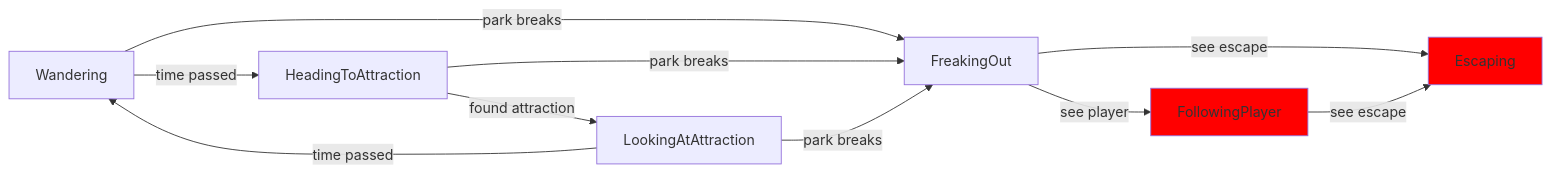
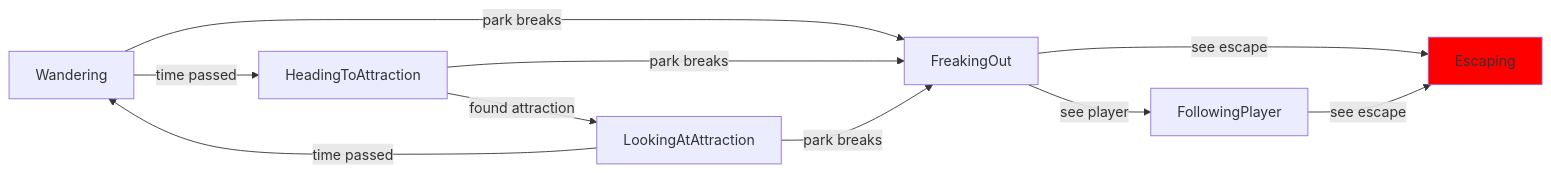
The diagram in Assets/Visitors/visitorBehaviour.md (alexfiftysix/ThorassicPark), drawn with Mermaid before and after one commit. The commit also changed 15 other files, not shown here.

Commit message:
Add following player behaviour

````diff
--- a/Assets/Visitors/visitorBehaviour.md
+++ b/Assets/Visitors/visitorBehaviour.md
@@ -1,18 +1,17 @@
 ```mermaid
 graph LR;
     Wandering -- time passed --> HeadingToAttraction
     HeadingToAttraction -- found attraction --> LookingAtAttraction
     LookingAtAttraction -- time passed --> Wandering
 
     Wandering -- park breaks --> FreakingOut
     HeadingToAttraction -- park breaks --> FreakingOut
     LookingAtAttraction -- park breaks --> FreakingOut
     
     FreakingOut -- see player --> FollowingPlayer
     
     FreakingOut -- see escape --> Escaping
     FollowingPlayer -- see escape --> Escaping
-    style FollowingPlayer fill:#f00
     style Escaping fill:#f00
 
 ```
````
